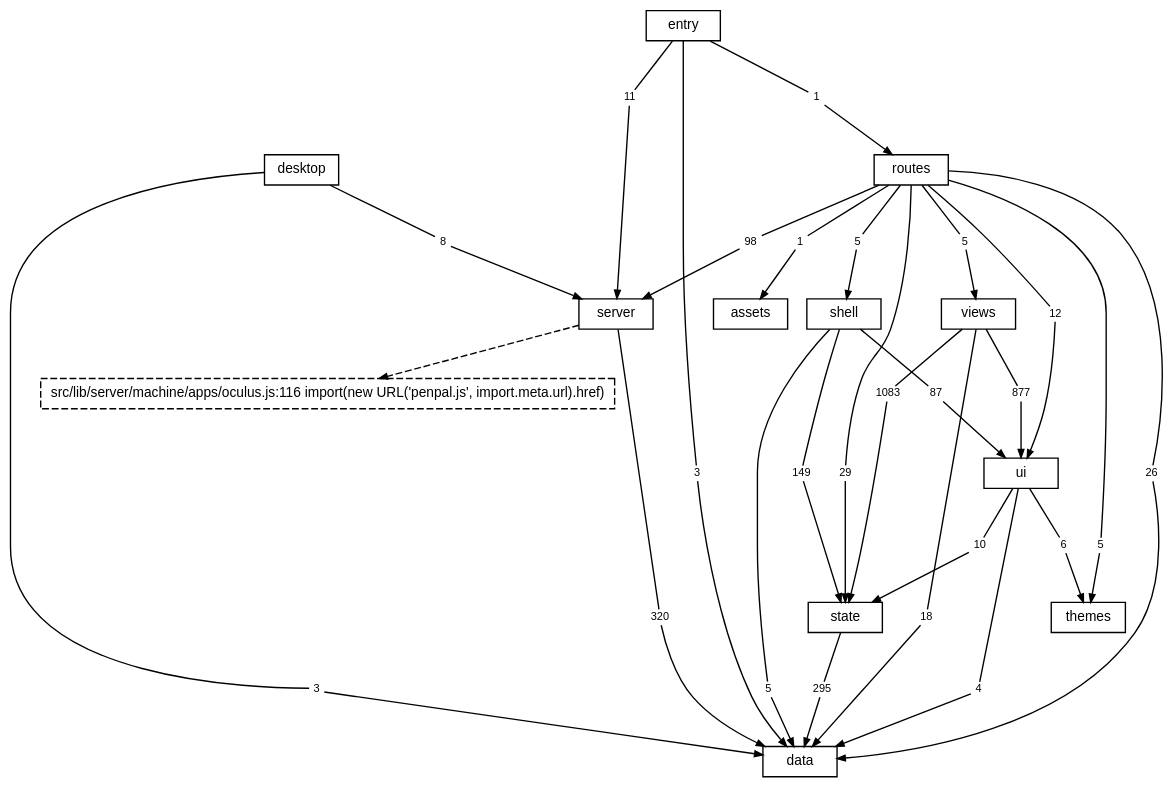
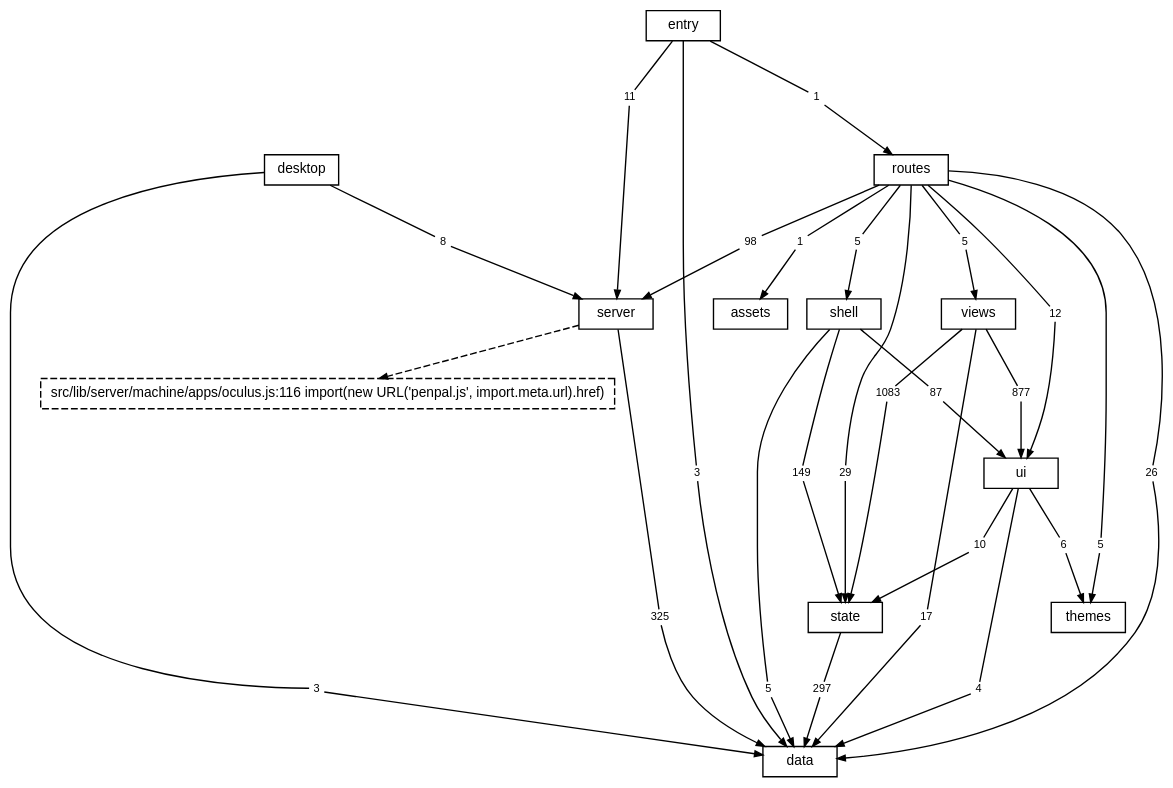
One commit to TheAxeC/oculus changed the diagram in docs/diagrams/layers.dot. Above: the diagram before and after it, drawn with Graphviz. The commit also changed 102 other files, not shown here.

```diff
--- a/docs/diagrams/layers.dot
+++ b/docs/diagrams/layers.dot
@@ -1,90 +1,90 @@
 digraph layers {
     graph [bgcolor="transparent", rankdir=TB, newrank=true, fontname="Helvetica,Arial,sans-serif", fontsize=12, nodesep=0.2, ranksep=0.5];
     node [shape=box, color="black", fontcolor="black", fontname="Helvetica,Arial,sans-serif", fontsize=10, height=0.3, margin="0.12,0.04"];
     edge [color="black", fontcolor="black", fontname="Helvetica,Arial,sans-serif", fontsize=8, arrowsize=0.6];
     "data";
     "server";
     "state";
     "ui";
     "shell";
     "views";
     "themes";
     "routes";
     "desktop";
     "src" [label="entry"];
     "files: assets" [label="assets"];
     "? src/lib/server/machine/apps/oculus.js:116" [label="src/lib/server/machine/apps/oculus.js:116 import(new URL('penpal.js', import.meta.url).href)", style=dashed];
     "desktop to data" [label="3", shape=box, color="transparent", fontsize=8, width=0, height=0, margin="0.04,0.02"];
     "desktop" -> "desktop to data" [arrowhead=none];
     "desktop to data" -> "data" [];
     "desktop to server" [label="8", shape=box, color="transparent", fontsize=8, width=0, height=0, margin="0.04,0.02"];
     "desktop" -> "desktop to server" [arrowhead=none];
     "desktop to server" -> "server" [];
     "routes to data" [label="26", shape=box, color="transparent", fontsize=8, width=0, height=0, margin="0.04,0.02"];
     "routes" -> "routes to data" [arrowhead=none];
     "routes to data" -> "data" [];
     "routes to files: assets" [label="1", shape=box, color="transparent", fontsize=8, width=0, height=0, margin="0.04,0.02"];
     "routes" -> "routes to files: assets" [arrowhead=none];
     "routes to files: assets" -> "files: assets" [];
     "routes to server" [label="98", shape=box, color="transparent", fontsize=8, width=0, height=0, margin="0.04,0.02"];
     "routes" -> "routes to server" [arrowhead=none];
     "routes to server" -> "server" [];
     "routes to shell" [label="5", shape=box, color="transparent", fontsize=8, width=0, height=0, margin="0.04,0.02"];
     "routes" -> "routes to shell" [arrowhead=none];
     "routes to shell" -> "shell" [];
     "routes to state" [label="29", shape=box, color="transparent", fontsize=8, width=0, height=0, margin="0.04,0.02"];
     "routes" -> "routes to state" [arrowhead=none];
     "routes to state" -> "state" [];
     "routes to themes" [label="5", shape=box, color="transparent", fontsize=8, width=0, height=0, margin="0.04,0.02"];
     "routes" -> "routes to themes" [arrowhead=none];
     "routes to themes" -> "themes" [];
     "routes to ui" [label="12", shape=box, color="transparent", fontsize=8, width=0, height=0, margin="0.04,0.02"];
     "routes" -> "routes to ui" [arrowhead=none];
     "routes to ui" -> "ui" [];
     "routes to views" [label="5", shape=box, color="transparent", fontsize=8, width=0, height=0, margin="0.04,0.02"];
     "routes" -> "routes to views" [arrowhead=none];
     "routes to views" -> "views" [];
-    "server to data" [label="320", shape=box, color="transparent", fontsize=8, width=0, height=0, margin="0.04,0.02"];
+    "server to data" [label="325", shape=box, color="transparent", fontsize=8, width=0, height=0, margin="0.04,0.02"];
     "server" -> "server to data" [arrowhead=none];
     "server to data" -> "data" [];
     "shell to data" [label="5", shape=box, color="transparent", fontsize=8, width=0, height=0, margin="0.04,0.02"];
     "shell" -> "shell to data" [arrowhead=none];
     "shell to data" -> "data" [];
     "shell to state" [label="149", shape=box, color="transparent", fontsize=8, width=0, height=0, margin="0.04,0.02"];
     "shell" -> "shell to state" [arrowhead=none];
     "shell to state" -> "state" [];
     "shell to ui" [label="87", shape=box, color="transparent", fontsize=8, width=0, height=0, margin="0.04,0.02"];
     "shell" -> "shell to ui" [arrowhead=none];
     "shell to ui" -> "ui" [];
     "src to data" [label="3", shape=box, color="transparent", fontsize=8, width=0, height=0, margin="0.04,0.02"];
     "src" -> "src to data" [arrowhead=none];
     "src to data" -> "data" [];
     "src to routes" [label="1", shape=box, color="transparent", fontsize=8, width=0, height=0, margin="0.04,0.02"];
     "src" -> "src to routes" [arrowhead=none];
     "src to routes" -> "routes" [];
     "src to server" [label="11", shape=box, color="transparent", fontsize=8, width=0, height=0, margin="0.04,0.02"];
     "src" -> "src to server" [arrowhead=none];
     "src to server" -> "server" [];
-    "state to data" [label="295", shape=box, color="transparent", fontsize=8, width=0, height=0, margin="0.04,0.02"];
+    "state to data" [label="297", shape=box, color="transparent", fontsize=8, width=0, height=0, margin="0.04,0.02"];
     "state" -> "state to data" [arrowhead=none];
     "state to data" -> "data" [];
     "ui to data" [label="4", shape=box, color="transparent", fontsize=8, width=0, height=0, margin="0.04,0.02"];
     "ui" -> "ui to data" [arrowhead=none];
     "ui to data" -> "data" [];
     "ui to state" [label="10", shape=box, color="transparent", fontsize=8, width=0, height=0, margin="0.04,0.02"];
     "ui" -> "ui to state" [arrowhead=none];
     "ui to state" -> "state" [];
     "ui to themes" [label="6", shape=box, color="transparent", fontsize=8, width=0, height=0, margin="0.04,0.02"];
     "ui" -> "ui to themes" [arrowhead=none];
     "ui to themes" -> "themes" [];
-    "views to data" [label="18", shape=box, color="transparent", fontsize=8, width=0, height=0, margin="0.04,0.02"];
+    "views to data" [label="17", shape=box, color="transparent", fontsize=8, width=0, height=0, margin="0.04,0.02"];
     "views" -> "views to data" [arrowhead=none];
     "views to data" -> "data" [];
     "views to state" [label="1083", shape=box, color="transparent", fontsize=8, width=0, height=0, margin="0.04,0.02"];
     "views" -> "views to state" [arrowhead=none];
     "views to state" -> "state" [];
     "views to ui" [label="877", shape=box, color="transparent", fontsize=8, width=0, height=0, margin="0.04,0.02"];
     "views" -> "views to ui" [arrowhead=none];
     "views to ui" -> "ui" [];
     "server" -> "? src/lib/server/machine/apps/oculus.js:116" [style=dashed];
 }
```
